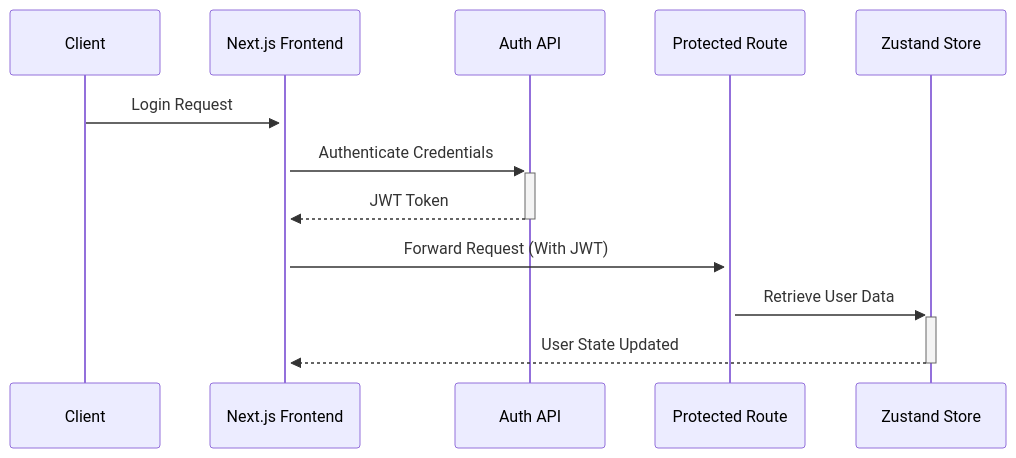
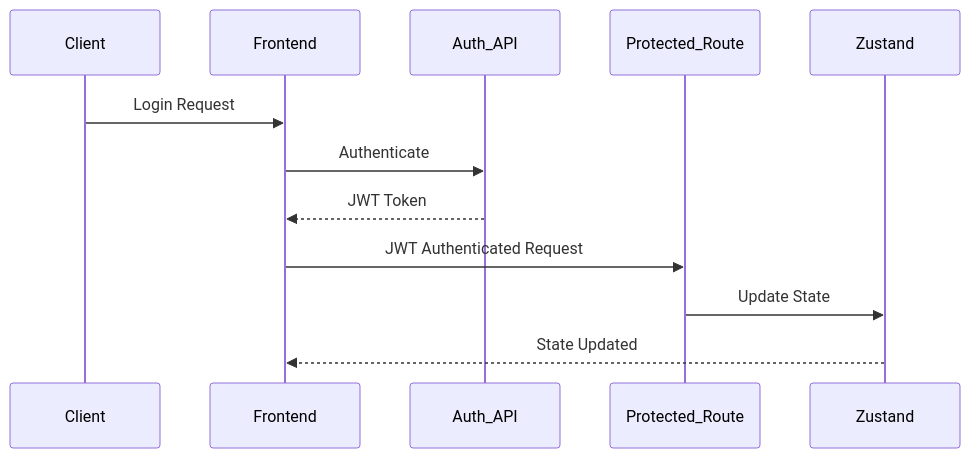
The fourth of 5 diagrams in frontend/README.md (aharoJ/barbershop), drawn with Mermaid before and after one commit. The commit also changed other lines of this file and 2 other files, not shown here.

````diff
--- a/frontend/README.md
+++ b/frontend/README.md
@@ -129,9 +113,9 @@
 ```mermaid
 sequenceDiagram
-    Client->>+Next.js Frontend: Login Request
-    Next.js Frontend->>+Auth API: Authenticate Credentials
-    Auth API-->>-Next.js Frontend: JWT Token
-    Next.js Frontend->>+Protected Route: Forward Request (With JWT)
-    Protected Route->>+Zustand Store: Retrieve User Data
-    Zustand Store-->>-Next.js Frontend: User State Updated
+Client->>Frontend: Login Request
+Frontend->>Auth_API: Authenticate
+Auth_API-->>Frontend: JWT Token
+Frontend->>Protected_Route: JWT Authenticated Request
+Protected_Route->>Zustand: Update State
+Zustand-->>Frontend: State Updated
 ```
````
